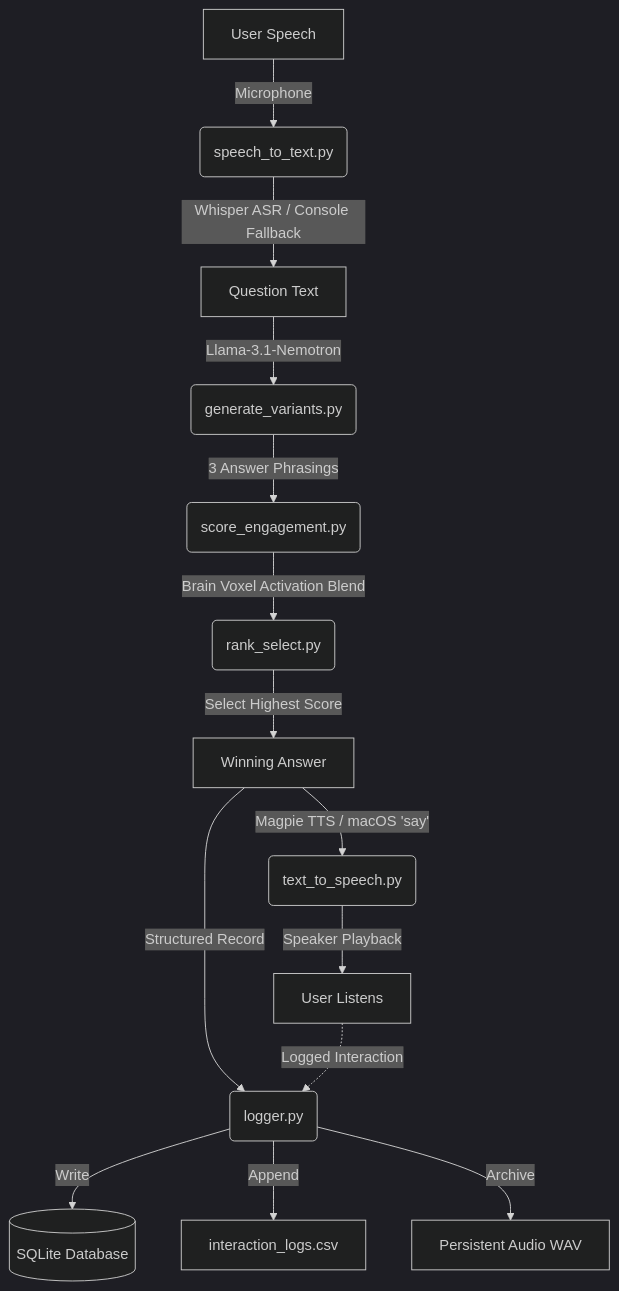
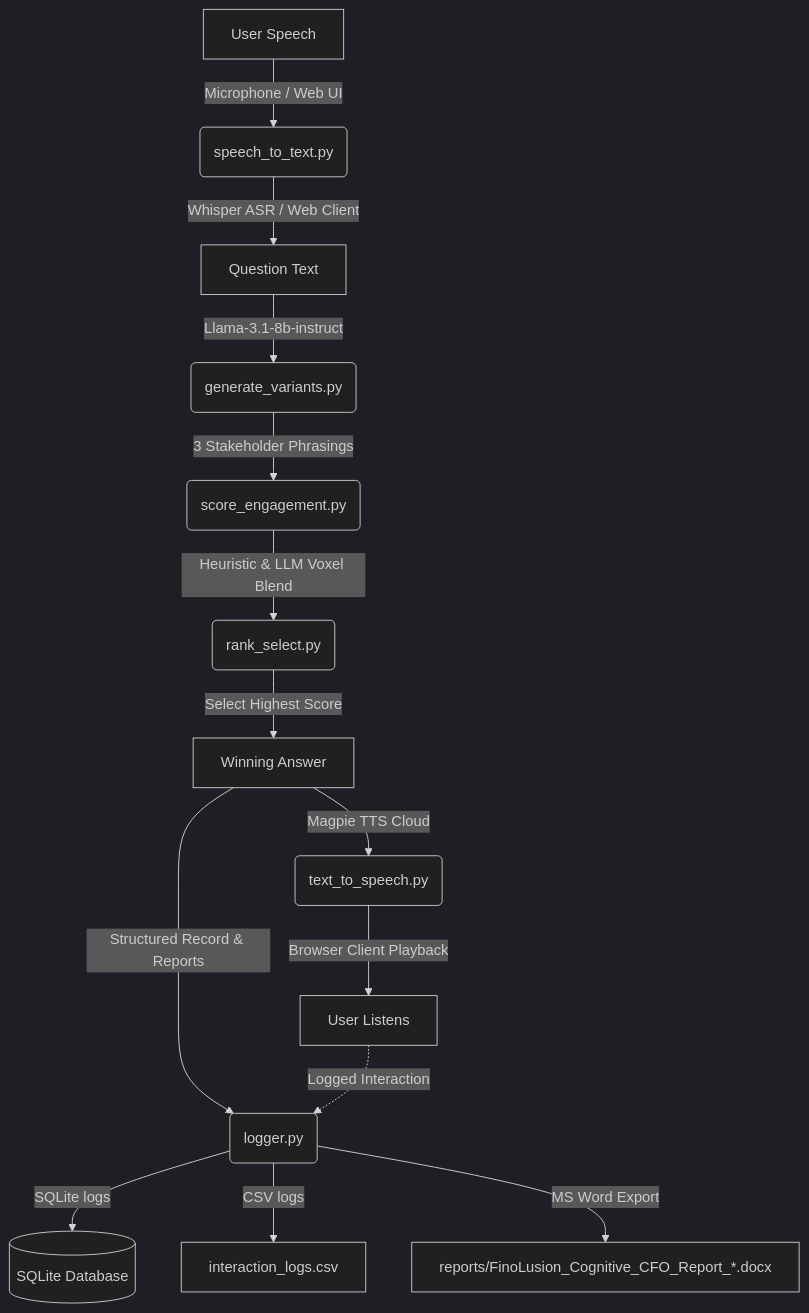
One commit to mh7909-cmd/metatribev2-finolusion changed the diagram in README.md. Above: the diagram before and after it, drawn with Mermaid (dark theme). The commit also changed other lines of this file, not shown here.

Commit message:
docs: update README.md to represent Web App, reports, and personas

````diff
--- a/README.md
+++ b/README.md
@@ -9,16 +9,16 @@
 ```mermaid
 graph TD
-    A[User Speech] -->|Microphone| B(speech_to_text.py)
-    B -->|Whisper ASR / Console Fallback| C[Question Text]
-    C -->|Llama-3.1-Nemotron| D(generate_variants.py)
-    D -->|3 Answer Phrasings| E(score_engagement.py)
-    E -->|Brain Voxel Activation Blend| F(rank_select.py)
+    A[User Speech] -->|Microphone / Web UI| B(speech_to_text.py)
+    B -->|Whisper ASR / Web Client| C[Question Text]
+    C -->|Llama-3.1-8b-instruct| D(generate_variants.py)
+    D -->|3 Stakeholder Phrasings| E(score_engagement.py)
+    E -->|Heuristic & LLM Voxel Blend| F(rank_select.py)
     F -->|Select Highest Score| G[Winning Answer]
-    G -->|Magpie TTS / macOS 'say'| H(text_to_speech.py)
-    H -->|Speaker Playback| I[User Listens]
-    G -->|Structured Record| J(logger.py)
+    G -->|Magpie TTS Cloud| H(text_to_speech.py)
+    H -->|Browser Client Playback| I[User Listens]
+    G -->|Structured Record & Reports| J(logger.py)
     I -.->|Logged Interaction| J
-    J -->|Write| K[(SQLite Database)]
-    J -->|Append| L[interaction_logs.csv]
-    J -->|Archive| M[Persistent Audio WAV]
+    J -->|SQLite logs| K[(SQLite Database)]
+    J -->|CSV logs| L[interaction_logs.csv]
+    J -->|MS Word Export| M[reports/FinoLusion_Cognitive_CFO_Report_*.docx]
 ```
````
